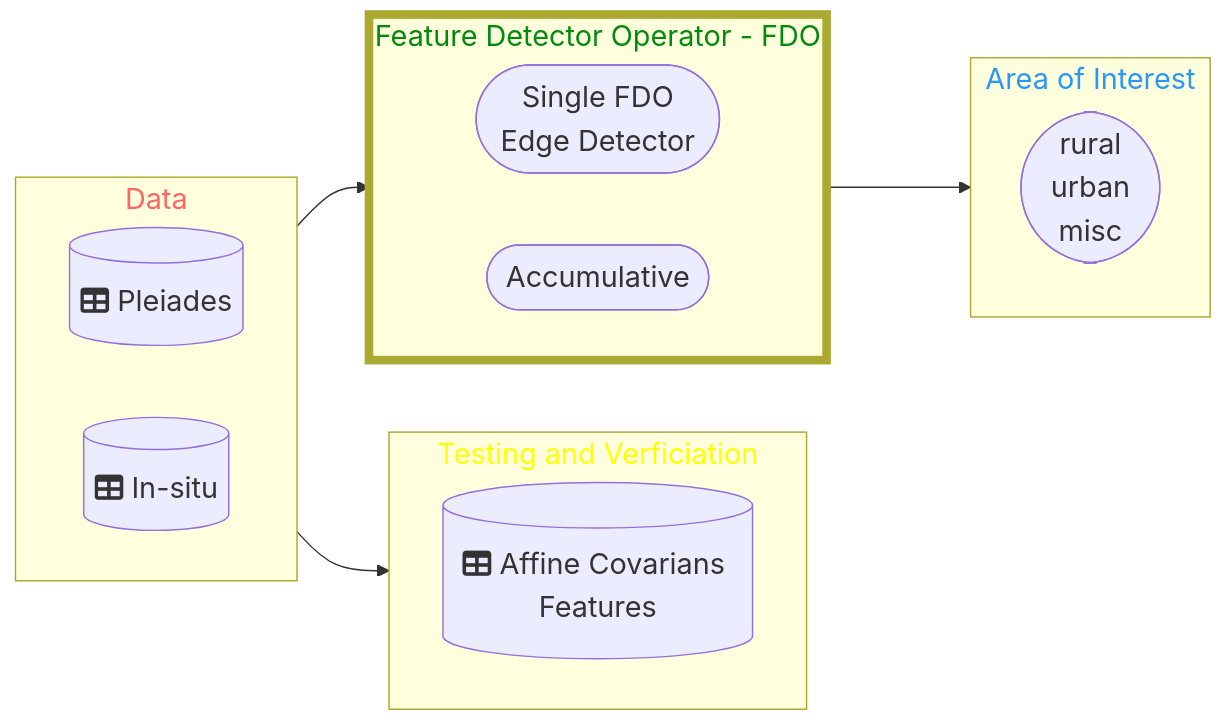
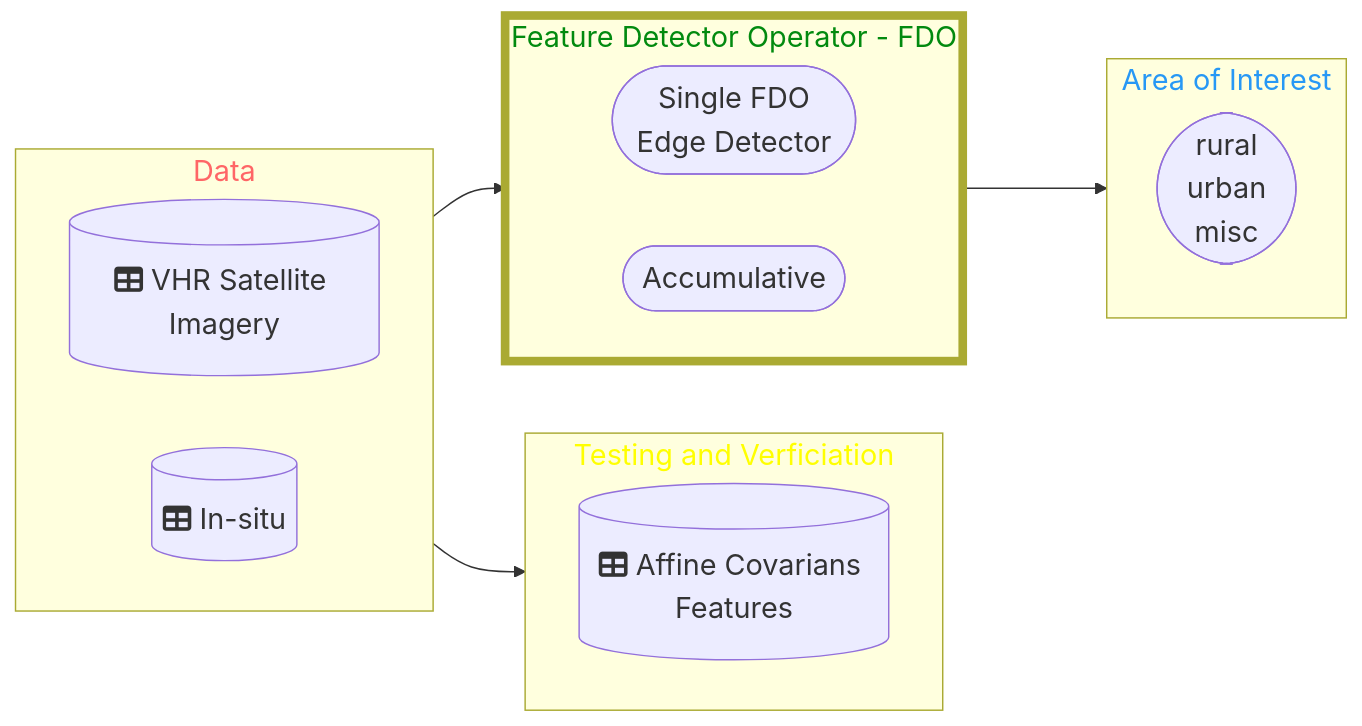
The diagram in Application/README.md (DippoldEJ/Feature-Detection-and-Explanation), drawn with Mermaid before and after one commit.

````diff
--- a/Application/README.md
+++ b/Application/README.md
@@ -13,39 +13,39 @@
 ```mermaid
 flowchart LR;
 %%{init: {
 	'themeVariables': { 'fontSize': '20px', 'fontFamily': 'Didot'}
 	}
 }%%
 
  subgraph n[Data]
         direction LR
-        h[(fa:fa-table Pleiades)]
+        h[(fa:fa-table VHR Satellite Imagery)]
 		s[(fa:fa-table In-situ)]
     end
 
  subgraph q[Testing and Verficiation]
         direction LR
         r[(fa:fa-table Affine Covarians Features)]
     end
 
  subgraph o[Feature Detector Operator - FDO]
         direction LR
         j([Single FDO <br /> Edge Detector])
         m([Accumulative])
     end
 
 subgraph p[Area of Interest]
     a([rural <br /> urban  <br />  misc])
     end
 
 style n color:#f66
 style o stroke-width:6px
 style o color:#028A0F
 style p color:#2798F5
 style q color:#FFFF00
 
 n-->o
 o-->p
 n-->q
 
 ```
````
